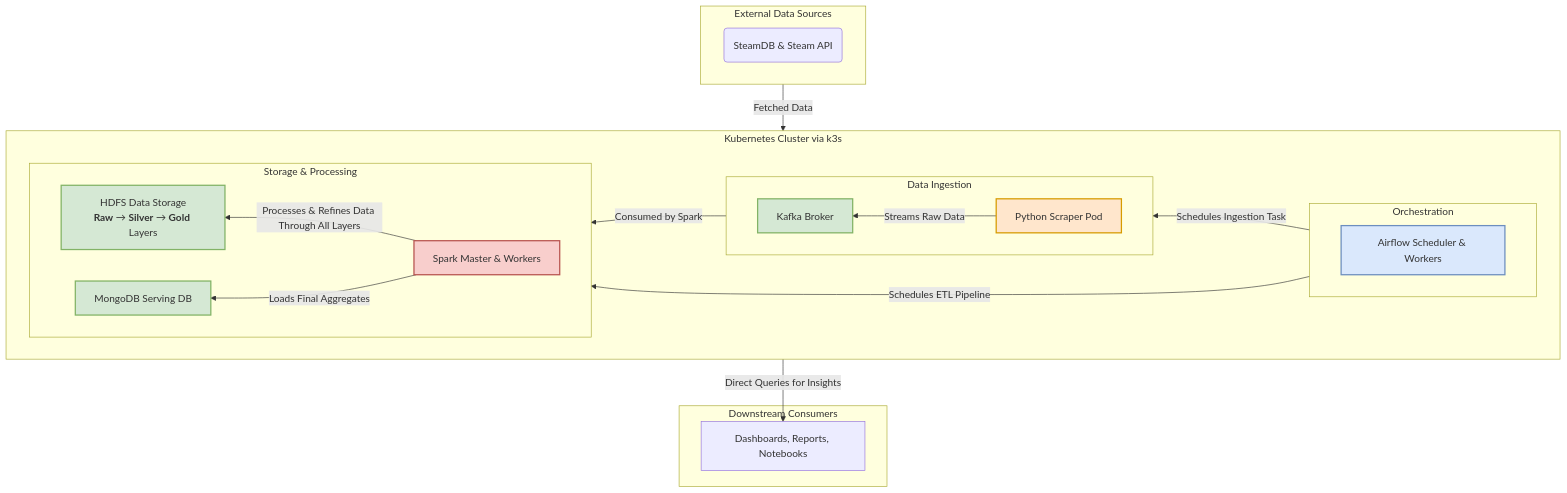
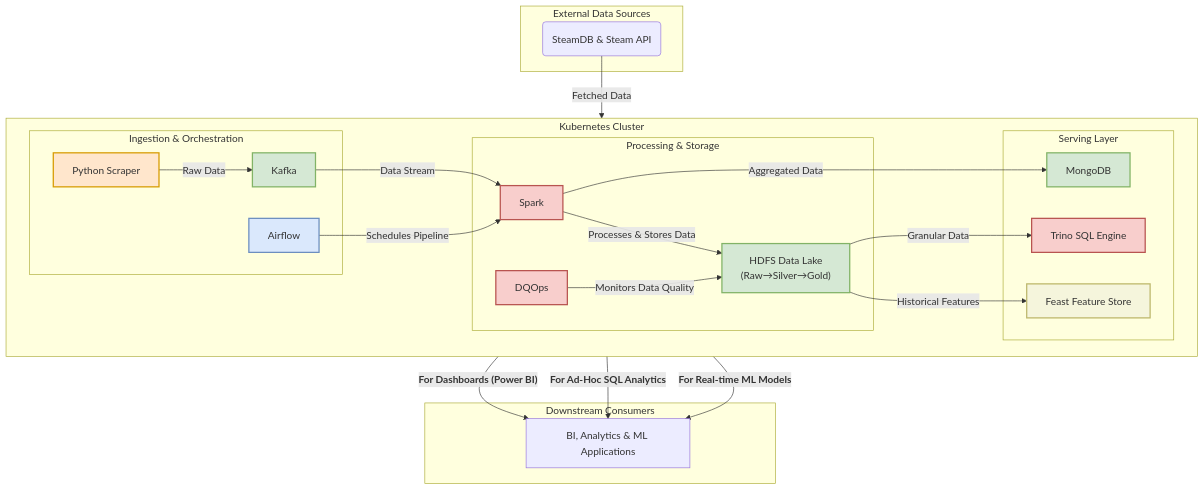
The diagram in README.md (Helooeverybody/Steam-Game-Pipline), drawn with Mermaid before and after one commit. The commit also changed other lines of this file and 1 other file, not shown here.

Commit message:
Fix airflow pod initialization bug

````diff
--- a/README.md
+++ b/README.md
@@ -9,55 +9,60 @@
 ```mermaid
 ---
 config:
   layout: fixed
   theme: default
 ---
 flowchart TD
- subgraph A["External Data Sources"]
-    direction RL
+    subgraph A["External Data Sources"]
         Sources("SteamDB & Steam API")
-  end
- subgraph B1["Orchestration"]
-    direction RL
-        Airflow["Airflow Scheduler & Workers"]
-  end
- subgraph B2["Data Ingestion"]
-    direction RL
-        Scraper["Python Scraper Pod"]
-        Kafka["Kafka Broker"]
-  end
- subgraph B3["Storage & Processing"]
-    direction RL
-        Spark["Spark Master & Workers"]
-        HDFS["HDFS Data Storage<br><b>Raw</b> → <b>Silver</b> → <b>Gold</b> Layers"]
-        MongoDB["MongoDB Serving DB"]
-  end
- subgraph B["Kubernetes Cluster via k3s"]
-    direction RL
-        B1
-        B2
-        B3
-  end
- subgraph C["Downstream Consumers"]
-        Consumers["Dashboards, Reports, Notebooks"]
-  end
-    Airflow -- Schedules Ingestion Task --> Scraper
-    Airflow -- Schedules ETL Pipeline --> Spark
-    Sources -- Fetched Data --> Scraper
-    Scraper -- Streams Raw Data --> Kafka
-    Kafka -- Consumed by Spark --> Spark
-    Spark -- Processes & Refines Data Through All Layers --> HDFS
-    Spark -- Loads Final Aggregates --> MongoDB
-    MongoDB -- Direct Queries for Insights --> Consumers
-     Airflow:::orchestration
-     Scraper:::ingestion
-     Kafka:::storage
-     Spark:::processing
-     HDFS:::storage
-     MongoDB:::storage
+    end
+
+    subgraph B["Kubernetes Cluster"]
+        direction LR
+        subgraph B1["Ingestion & Orchestration"]
+            Airflow["Airflow"]:::orchestration
+            Scraper["Python Scraper"]:::ingestion
+            Kafka["Kafka"]:::storage
+        end
+
+        subgraph B2["Processing & Storage"]
+            Spark["Spark"]:::processing
+            HDFS["HDFS Data Lake<br>(Raw→Silver→Gold)"]:::storage
+            DQOps["DQOps"]:::processing
+        end
+
+        subgraph B3["Serving Layer"]
+            MongoDB["MongoDB"]:::storage
+            Trino["Trino SQL Engine"]:::processing
+            Feast["Feast Feature Store"]:::ml
+        end
+    end
+
+    subgraph C["Downstream Consumers"]
+        Consumers["BI, Analytics & ML Applications"]
+    end
+
+    %% --- Main Data Flow ---
+    Sources -- Fetched Data --> Scraper -- Raw Data --> Kafka -- Data Stream --> Spark
+    Spark -- Processes & Stores Data --> HDFS
+    DQOps -- Monitors Data Quality --> HDFS
+    Airflow -- Schedules Pipeline --> Spark
+
+    %% --- Three Paths to Consumers ---
+    Spark -- Aggregated Data --> MongoDB
+    MongoDB -- <b>For Dashboards (Power BI)</b> --> Consumers
+
+    HDFS -- Granular Data --> Trino
+    Trino -- <b>For Ad-Hoc SQL Analytics</b> --> Consumers
+
+    HDFS -- Historical Features --> Feast
+    Feast -- <b>For Real-time ML Models</b> --> Consumers
+
+
+    %% --- Styling ---
     classDef storage fill:#D5E8D4,stroke:#82B366,stroke-width:2px
     classDef processing fill:#F8CECC,stroke:#B85450,stroke-width:2px
     classDef orchestration fill:#DAE8FC,stroke:#6C8EBF,stroke-width:2px
     classDef ingestion fill:#FFE6CC,stroke:#D79B00,stroke-width:2px
-
+    classDef ml fill:#F5F5DC,stroke:#BDB76B,stroke-width:2px
 ```
````
